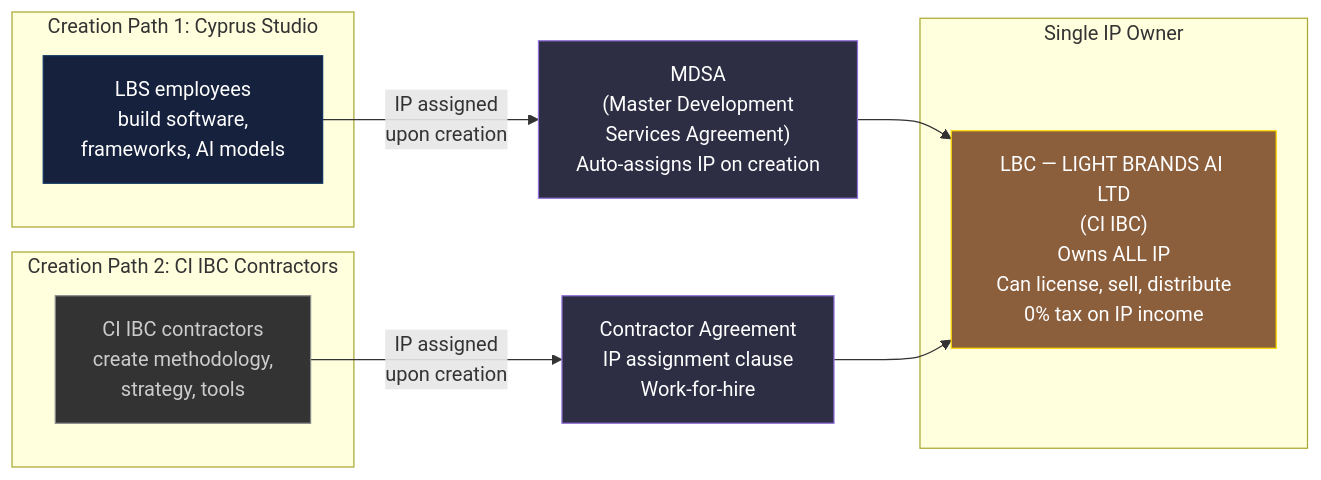
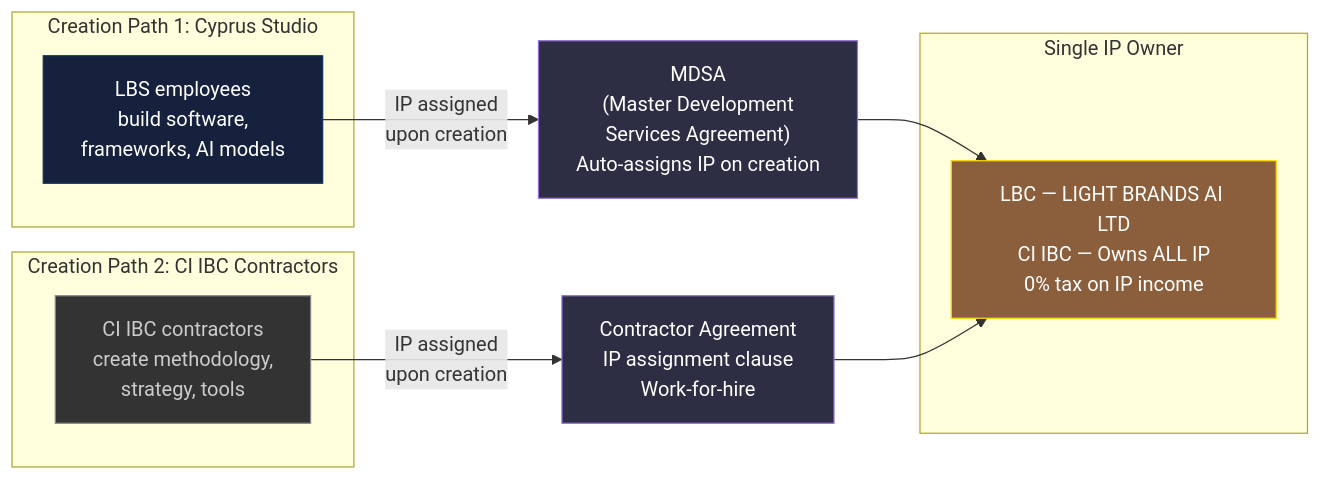
The seventh of 9 diagrams in docs/tax-structure/light-brands/13-DAN-EXIT-US-AND-LB-SIMPLIFIED-STRUCTURE.md (Light-Brands/epic-center), drawn with Mermaid before and after one commit. The commit also changed other lines of this file and 1 other file, not shown here.

First line of the commit message:
Trim mermaid diagram text to fit within node boundaries

````diff
--- a/docs/tax-structure/light-brands/13-DAN-EXIT-US-AND-LB-SIMPLIFIED-STRUCTURE.md
+++ b/docs/tax-structure/light-brands/13-DAN-EXIT-US-AND-LB-SIMPLIFIED-STRUCTURE.md
@@ -644,29 +644,29 @@
 ```mermaid
 graph LR
     subgraph "Creation Path 1: Cyprus Studio"
         CY_DEVS["LBS employees<br/>build software,<br/>frameworks, AI models"]
     end
 
     subgraph "Creation Path 2: CI IBC Contractors"
         CI_CONTRACTORS["CI IBC contractors<br/>create methodology,<br/>strategy, tools"]
     end
 
     MDSA["MDSA<br/>(Master Development<br/>Services Agreement)<br/>Auto-assigns IP on creation"]
 
     CONTRACTOR_CLAUSE["Contractor Agreement<br/>IP assignment clause<br/>Work-for-hire"]
 
     subgraph "Single IP Owner"
-        LBC_IP["LBC — LIGHT BRANDS AI LTD<br/>(CI IBC)<br/>Owns ALL IP<br/>Can license, sell, distribute<br/>0% tax on IP income"]
+        LBC_IP["LBC — LIGHT BRANDS AI LTD<br/>CI IBC — Owns ALL IP<br/>0% tax on IP income"]
     end
 
     CY_DEVS -->|"IP assigned<br/>upon creation"| MDSA
     MDSA --> LBC_IP
     CI_CONTRACTORS -->|"IP assigned<br/>upon creation"| CONTRACTOR_CLAUSE
     CONTRACTOR_CLAUSE --> LBC_IP
 
     style CY_DEVS fill:#16213e,stroke:#0f3460,color:#fff
     style CI_CONTRACTORS fill:#333,stroke:#888,color:#ccc
     style MDSA fill:#2d2d44,stroke:#9370db,color:#fff
     style CONTRACTOR_CLAUSE fill:#2d2d44,stroke:#9370db,color:#fff
     style LBC_IP fill:#8b5e3c,stroke:#ffd700,color:#fff
 ```
````
